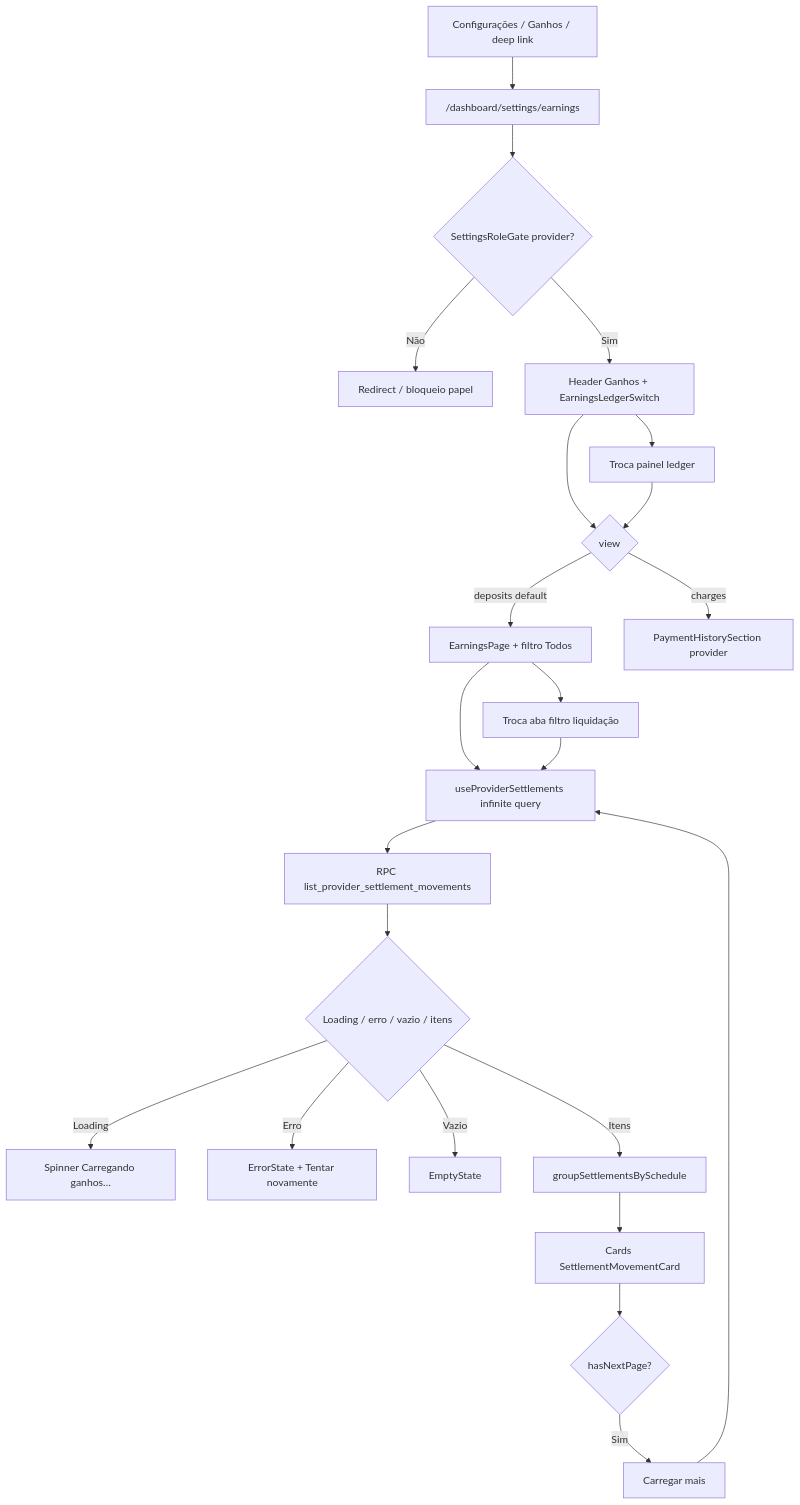
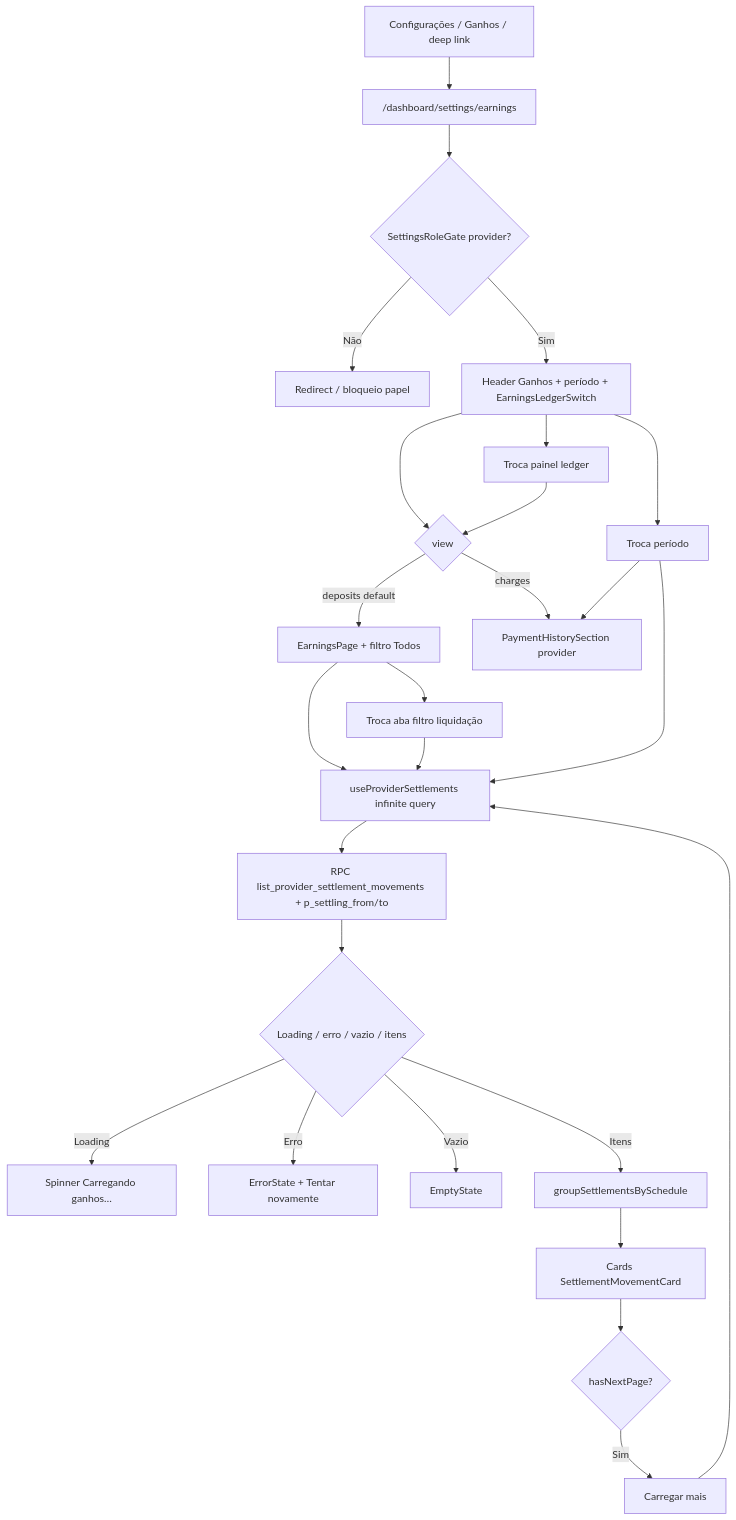
One commit to higorpo/renovi-orbit-test changed the diagram in docs/business/modulos/provider-earnings/features/ganhos-e-liquidacoes.md. Above: the diagram before and after it, drawn with Mermaid. The commit also changed other lines of this file and 41 other files, not shown here.

````diff
--- a/docs/business/modulos/provider-earnings/features/ganhos-e-liquidacoes.md
+++ b/docs/business/modulos/provider-earnings/features/ganhos-e-liquidacoes.md
@@ -61,25 +61,28 @@
 ```mermaid
 flowchart TD
   A[Configurações / Ganhos / deep link] --> B["/dashboard/settings/earnings"]
   B --> C{SettingsRoleGate provider?}
   C -->|Não| D[Redirect / bloqueio papel]
-  C -->|Sim| E[Header Ganhos + EarningsLedgerSwitch]
+  C -->|Sim| E[Header Ganhos + período + EarningsLedgerSwitch]
   E --> F{view}
   F -->|deposits default| G[EarningsPage + filtro Todos]
   F -->|charges| H[PaymentHistorySection provider]
   G --> I[useProviderSettlements infinite query]
-  I --> J["RPC list_provider_settlement_movements"]
+  I --> J["RPC list_provider_settlement_movements + p_settling_from/to"]
   J --> K{Loading / erro / vazio / itens}
   K -->|Loading| L[Spinner Carregando ganhos…]
   K -->|Erro| M[ErrorState + Tentar novamente]
   K -->|Vazio| N[EmptyState]
   K -->|Itens| O[groupSettlementsBySchedule]
   O --> P[Cards SettlementMovementCard]
   P --> Q{hasNextPage?}
   Q -->|Sim| R[Carregar mais]
   R --> I
   G --> S[Troca aba filtro liquidação]
   S --> I
   E --> T[Troca painel ledger]
   T --> F
+  E --> U[Troca período]
+  U --> I
+  U --> H
 ```
````
